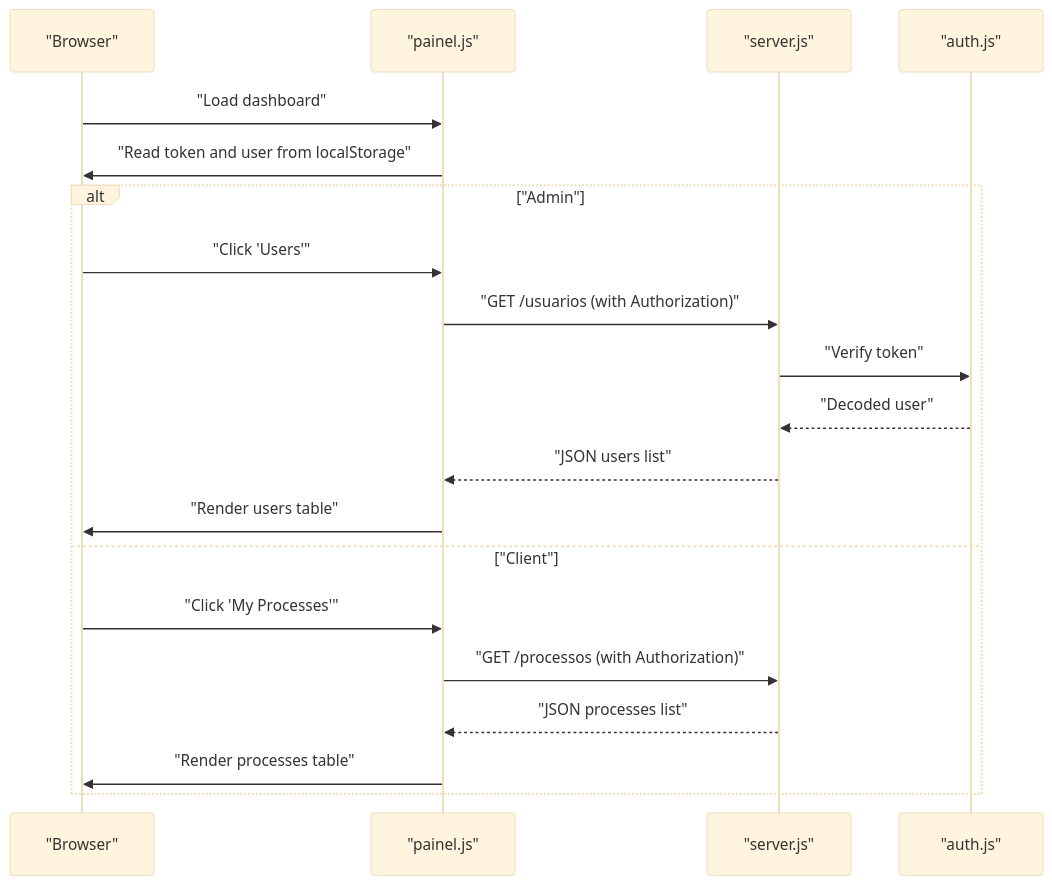
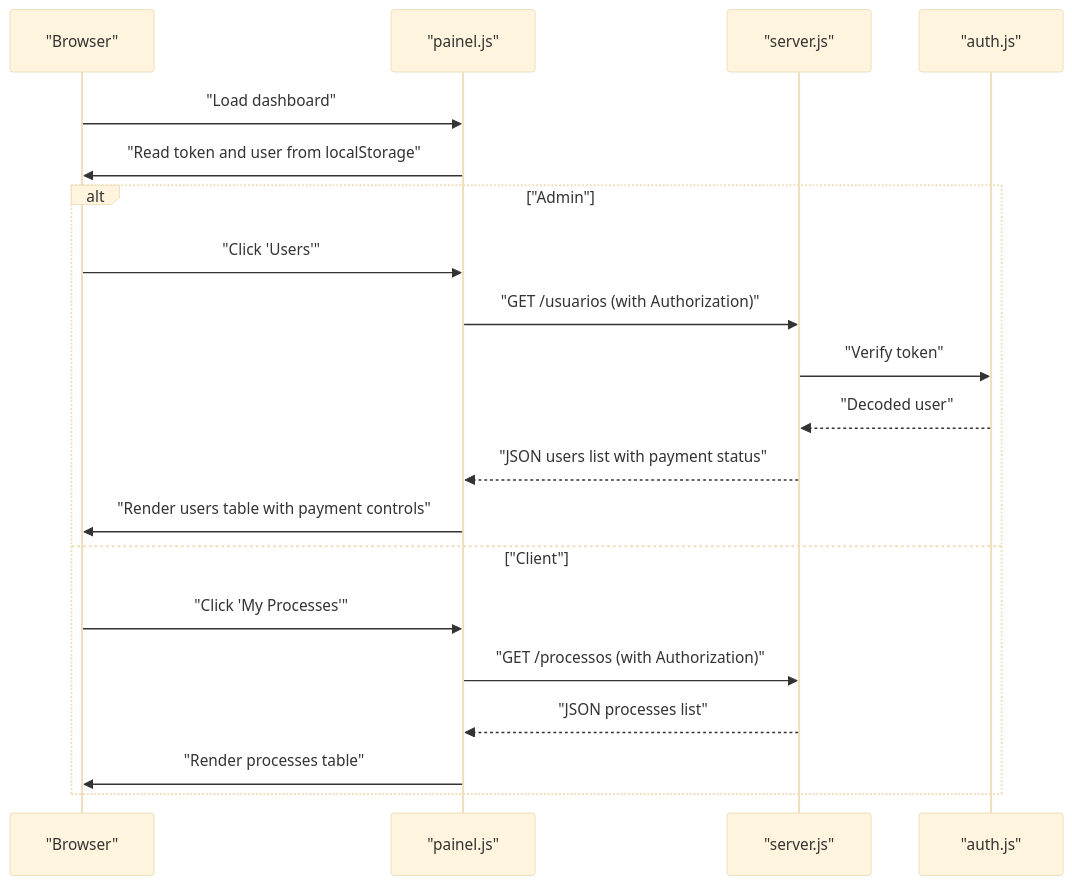
The fifth of 9 diagrams in .qoder/repowiki/en/content/Frontend Interface/Frontend Interface.md (Alexandrexicara/bot-processos), drawn with Mermaid (base theme) before and after one commit. The commit also changed other lines of this file and 4 other files, not shown here.

````diff
--- a/.qoder/repowiki/en/content/Frontend Interface/Frontend Interface.md
+++ b/.qoder/repowiki/en/content/Frontend Interface/Frontend Interface.md
@@ -275,22 +290,22 @@
 ```mermaid
 sequenceDiagram
 participant Browser as "Browser"
 participant PainelJS as "painel.js"
 participant Server as "server.js"
 participant Auth as "auth.js"
 Browser->>PainelJS : "Load dashboard"
 PainelJS->>Browser : "Read token and user from localStorage"
 alt "Admin"
 Browser->>PainelJS : "Click 'Users'"
 PainelJS->>Server : "GET /usuarios (with Authorization)"
 Server->>Auth : "Verify token"
 Auth-->>Server : "Decoded user"
-Server-->>PainelJS : "JSON users list"
-PainelJS->>Browser : "Render users table"
+Server-->>PainelJS : "JSON users list with payment status"
+PainelJS->>Browser : "Render users table with payment controls"
 else "Client"
 Browser->>PainelJS : "Click 'My Processes'"
 PainelJS->>Server : "GET /processos (with Authorization)"
 Server-->>PainelJS : "JSON processes list"
 PainelJS->>Browser : "Render processes table"
 end
 ```
````
